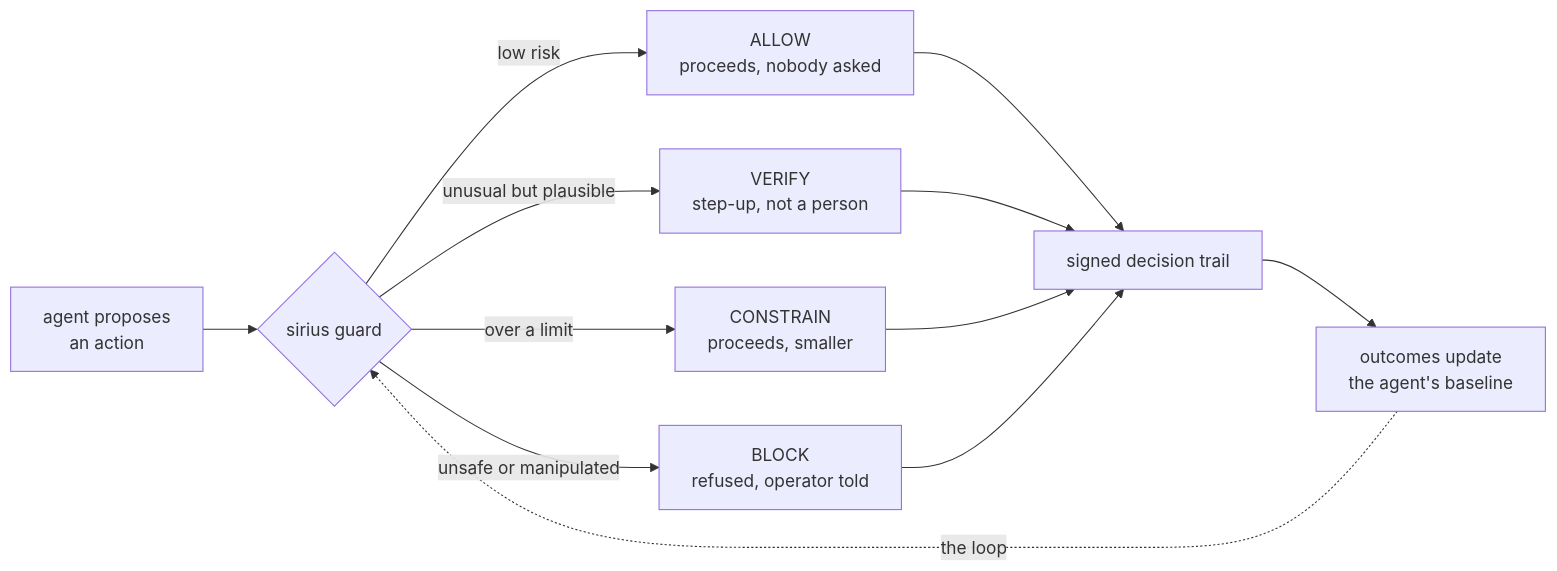
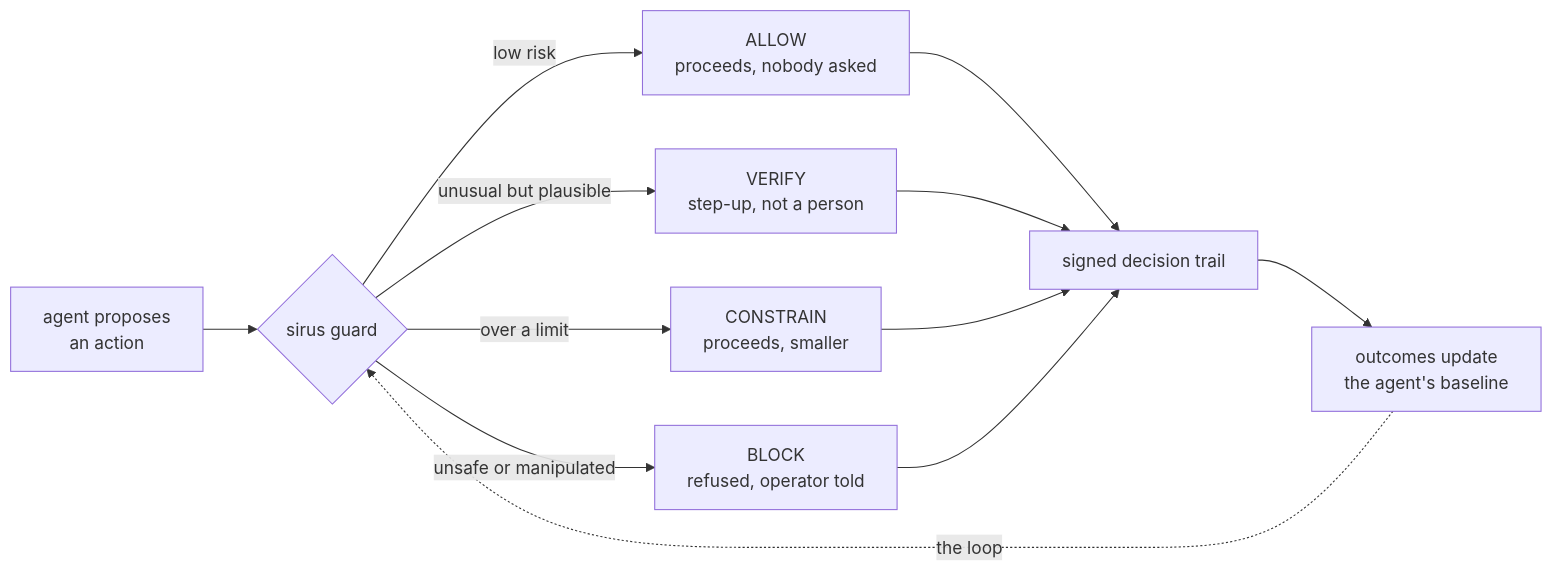
The first of 7 diagrams in README.md (SruSanCyborg/FINSEC_CLI_Sirius), drawn with Mermaid before and after one commit. The commit also changed other lines of this file and 162 other files, not shown here.

First line of the commit message:
Rename to sirus everywhere: @srusan/sirus, the sirus command, SIRUS_* env, sirus.yaml/.sirusignore/.siruslintrc/.sirus/, schemas, media, repo links (D-058)

````diff
--- a/README.md
+++ b/README.md
@@ -153,14 +153,14 @@
 ```mermaid
 flowchart LR
-    A["agent proposes<br/>an action"] --> G{"sirius guard"}
+    A["agent proposes<br/>an action"] --> G{"sirus guard"}
     G -->|"low risk"| ALLOW["ALLOW<br/>proceeds, nobody asked"]
     G -->|"unusual but plausible"| VERIFY["VERIFY<br/>step-up, not a person"]
     G -->|"over a limit"| CONSTRAIN["CONSTRAIN<br/>proceeds, smaller"]
     G -->|"unsafe or manipulated"| BLOCK["BLOCK<br/>refused, operator told"]
     ALLOW --> T["signed decision trail"]
     VERIFY --> T
     CONSTRAIN --> T
     BLOCK --> T
     T --> B["outcomes update<br/>the agent's baseline"]
     B -.->|"the loop"| G
 ```
````
